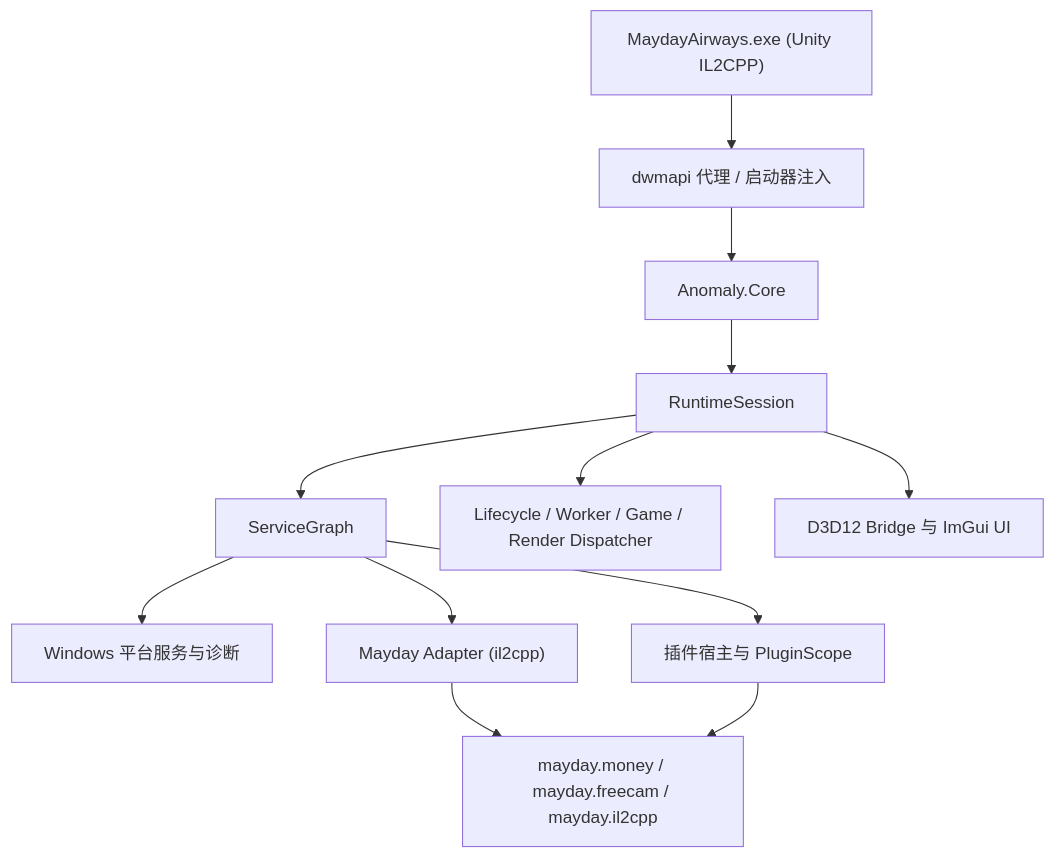
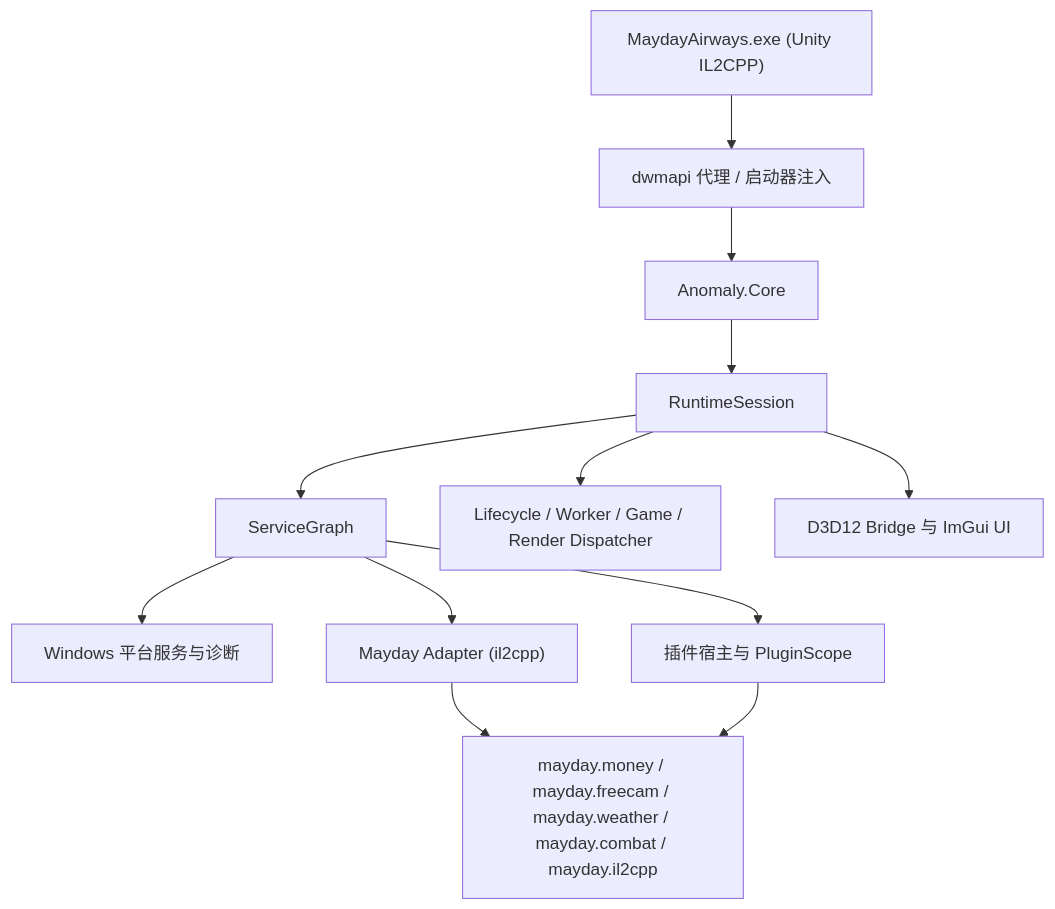
Before and after one commit to xiaotian2333/Mayday-Airways-Anomaly: the diagram in docs/developer-guide/architecture.md, drawn with Mermaid. The commit also changed other lines of this file and 15 other files, not shown here.

````diff
--- a/docs/developer-guide/architecture.md
+++ b/docs/developer-guide/architecture.md
@@ -5,14 +5,14 @@
 ```mermaid
 flowchart TD
     Game["MaydayAirways.exe (Unity IL2CPP)"] --> Bootstrap["dwmapi 代理 / 启动器注入"]
     Bootstrap --> Core["Anomaly.Core"]
     Core --> Session["RuntimeSession"]
     Session --> Graph["ServiceGraph"]
     Session --> Dispatch["Lifecycle / Worker / Game / Render Dispatcher"]
     Graph --> Platform["Windows 平台服务与诊断"]
     Graph --> Plugins["插件宿主与 PluginScope"]
     Graph --> Adapter["Mayday Adapter (il2cpp)"]
     Session --> Render["D3D12 Bridge 与 ImGui UI"]
-    Adapter --> Services["mayday.money / mayday.freecam / mayday.il2cpp"]
+    Adapter --> Services["mayday.money / mayday.freecam / mayday.weather / mayday.combat / mayday.il2cpp"]
     Plugins --> Services
 ```
````
